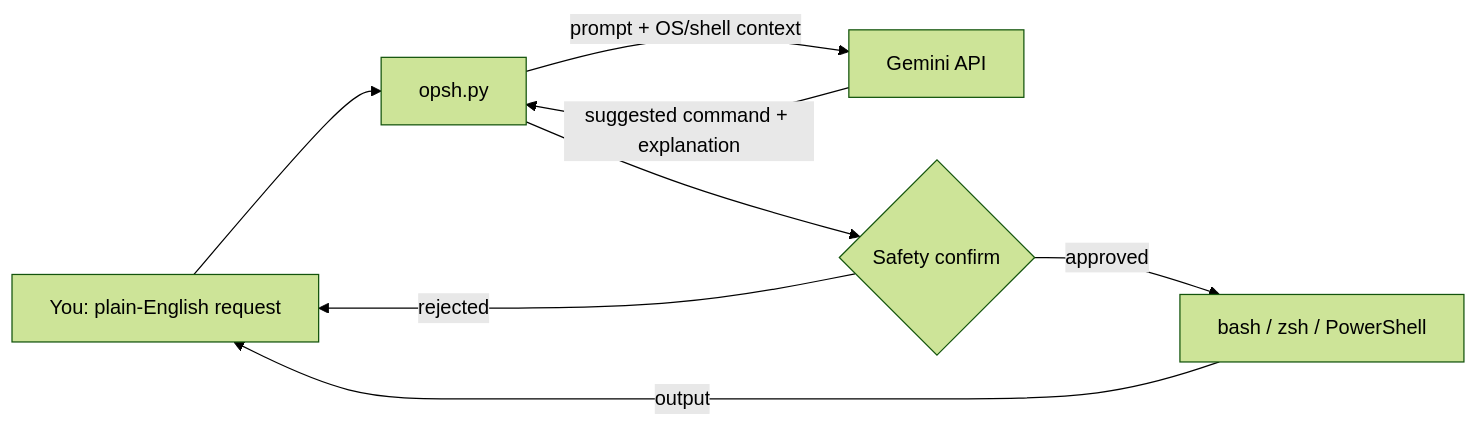
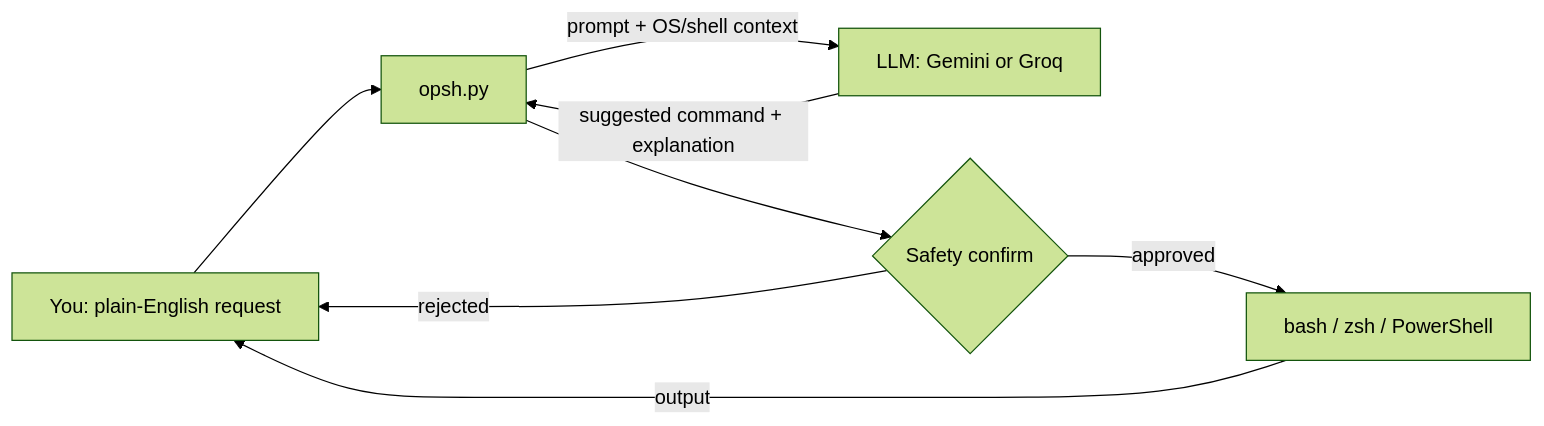
Before and after one commit to muhib-karim/OpenSH: the diagram in README.md, drawn with Mermaid (forest theme). The commit also changed other lines of this file, not shown here.

Commit message:
README: architecture names both model providers

````diff
--- a/README.md
+++ b/README.md
@@ -103,10 +103,10 @@
 ```mermaid
 flowchart LR
   U[You: plain-English request] --> O[opsh.py]
-  O -->|prompt + OS/shell context| L[Gemini API]
+  O -->|prompt + OS/shell context| L[LLM: Gemini or Groq]
   L -->|suggested command + explanation| O
   O --> C{Safety confirm}
   C -->|approved| S[bash / zsh / PowerShell]
   C -->|rejected| U
   S -->|output| U
 ```
````
